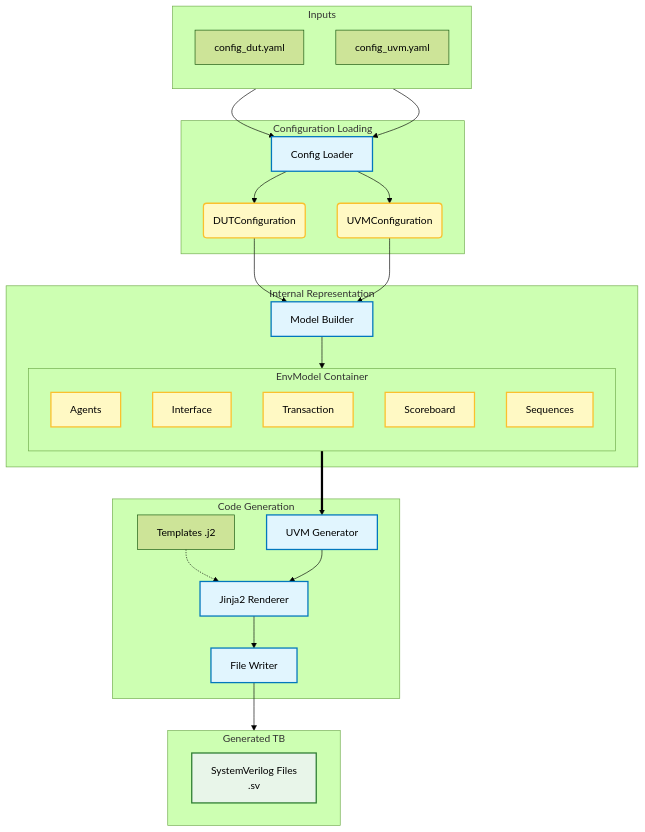
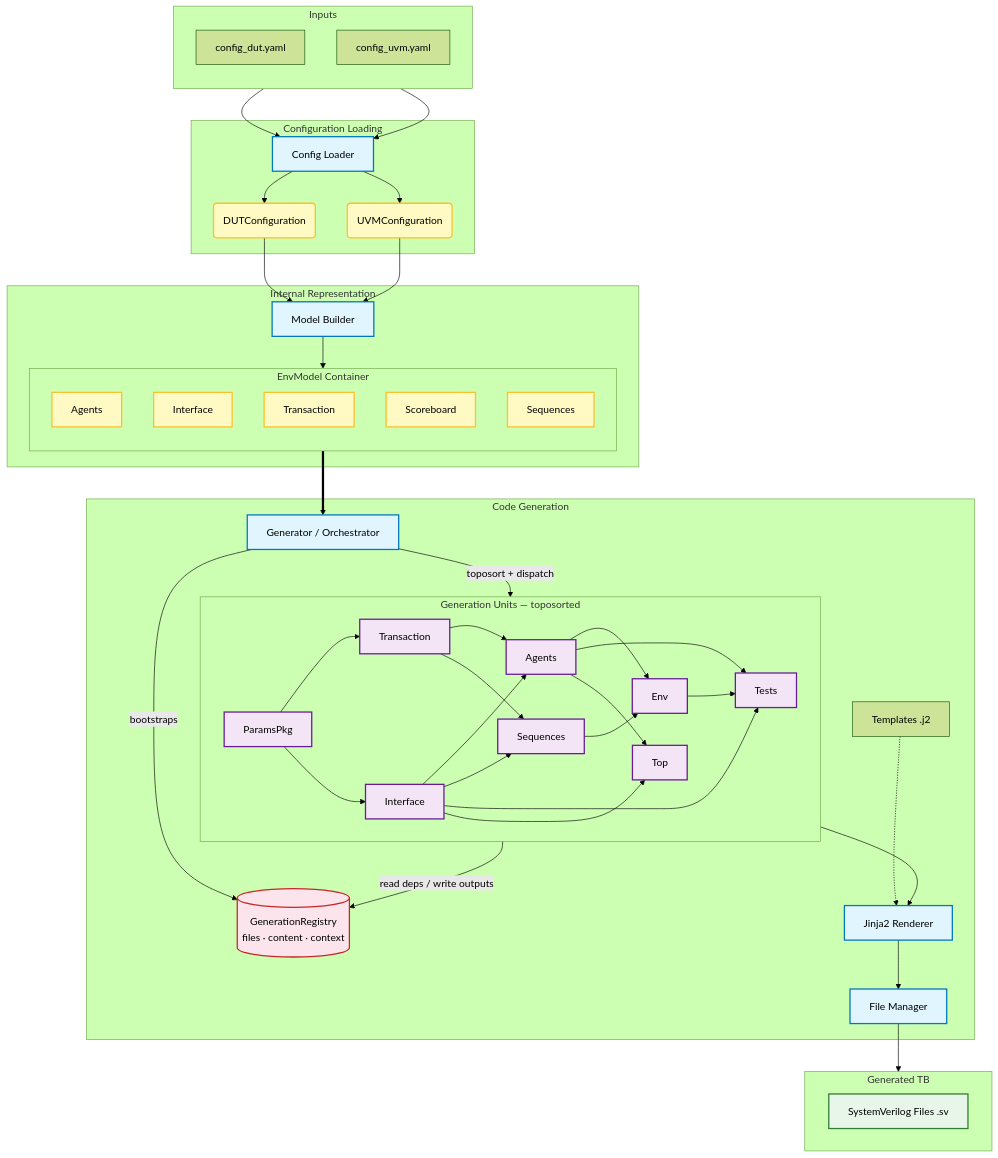
Before and after one commit to stahlgit/uvm_pygen: the diagram in README.md, drawn with Mermaid (forest theme). The commit also changed other lines of this file and 17 other files, not shown here.

````diff
--- a/README.md
+++ b/README.md
@@ -5,62 +5,77 @@
 ```mermaid
 flowchart TD
-    %% Styling
-    classDef logic fill:#e1f5fe,stroke:#0277bd,stroke-width:2px;
-    classDef data fill:#fff9c4,stroke:#fbc02d,stroke-width:2px;
+    classDef logic   fill:#e1f5fe,stroke:#0277bd,stroke-width:2px;
+    classDef data    fill:#fff9c4,stroke:#fbc02d,stroke-width:2px;
     classDef artifact fill:#e8f5e9,stroke:#2e7d32,stroke-width:2px;
+    classDef registry fill:#fce4ec,stroke:#c62828,stroke-width:2px;
+    classDef unit    fill:#f3e5f5,stroke:#6a1b9a,stroke-width:2px;
 
     subgraph Inputs [Inputs]
         direction TB
-        DUT_CFG[config_dut.yaml]:::file
-        UVM_CFG[config_uvm.yaml]:::file
+        DUT_CFG[config_dut.yaml]
+        UVM_CFG[config_uvm.yaml]
     end
 
     subgraph Phase1 [Configuration Loading]
         Loader[Config Loader]:::logic
         DUT_OBJ(DUTConfiguration):::data
         UVM_OBJ(UVMConfiguration):::data
     end
 
     subgraph Phase2 [Internal Representation]
         Builder[Model Builder]:::logic
-
         subgraph EnvModel [EnvModel Container]
             direction TB
             Ag[Agents]:::data
             If[Interface]:::data
             Tr[Transaction]:::data
             Sc[Scoreboard]:::data
             Seq[Sequences]:::data
         end
     end
 
     subgraph Phase3 [Code Generation]
-        Generator[UVM Generator]:::logic
+        Generator[Generator / Orchestrator]:::logic
+        Registry[(GenerationRegistry <br> files · content · context)]:::registry
+
+        subgraph Units [Generation Units — toposorted]
+            direction LR
+            U1[ParamsPkg]:::unit
+            U2[Transaction]:::unit
+            U3[Interface]:::unit
+            U4[Agents]:::unit
+            U5[Sequences]:::unit
+            U6[Env]:::unit
+            U7[Tests]:::unit
+            U8[Top]:::unit
+
+            U1 --> U2 & U3
+            U2 & U3 --> U4 & U5
+            U4 & U5 --> U6
+            U6 & U3 & U4 --> U7
+            U3 & U4 --> U8
+        end
+
         Renderer[Jinja2 Renderer]:::logic
-        Writer[File Writer]:::logic
-        Templates[Templates .j2]:::file
+        Writer[File Manager]:::logic
+        Templates[Templates .j2]
     end
 
     subgraph Outputs [Generated TB]
-        SV_FILES[SystemVerilog Files\n.sv]:::artifact
+        SV_FILES[SystemVerilog Files .sv]:::artifact
     end
 
-    %% Connections
-    DUT_CFG --> Loader
-    UVM_CFG --> Loader
-
-    Loader --> DUT_OBJ
-    Loader --> UVM_OBJ
-
-    DUT_OBJ --> Builder
-    UVM_OBJ --> Builder
-
+    DUT_CFG & UVM_CFG --> Loader
+    Loader --> DUT_OBJ & UVM_OBJ
+    DUT_OBJ & UVM_OBJ --> Builder
     Builder --> EnvModel
 
     EnvModel ==> Generator
-
+    Generator -- bootstraps --> Registry
+    Generator -- toposort + dispatch --> Units
+    Units -- read deps / write outputs --> Registry
+    Units --> Renderer
     Templates -.-> Renderer
-    Generator --> Renderer
     Renderer --> Writer
     Writer --> Outputs
 ```
````
